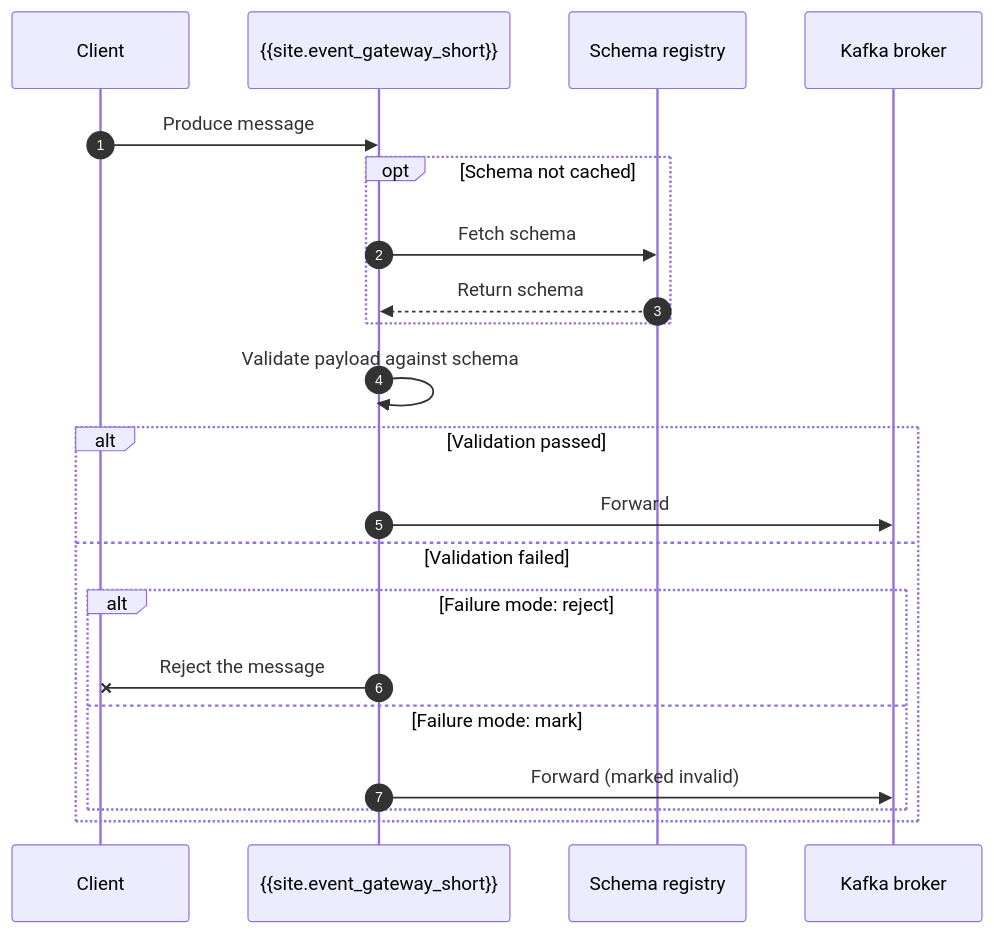
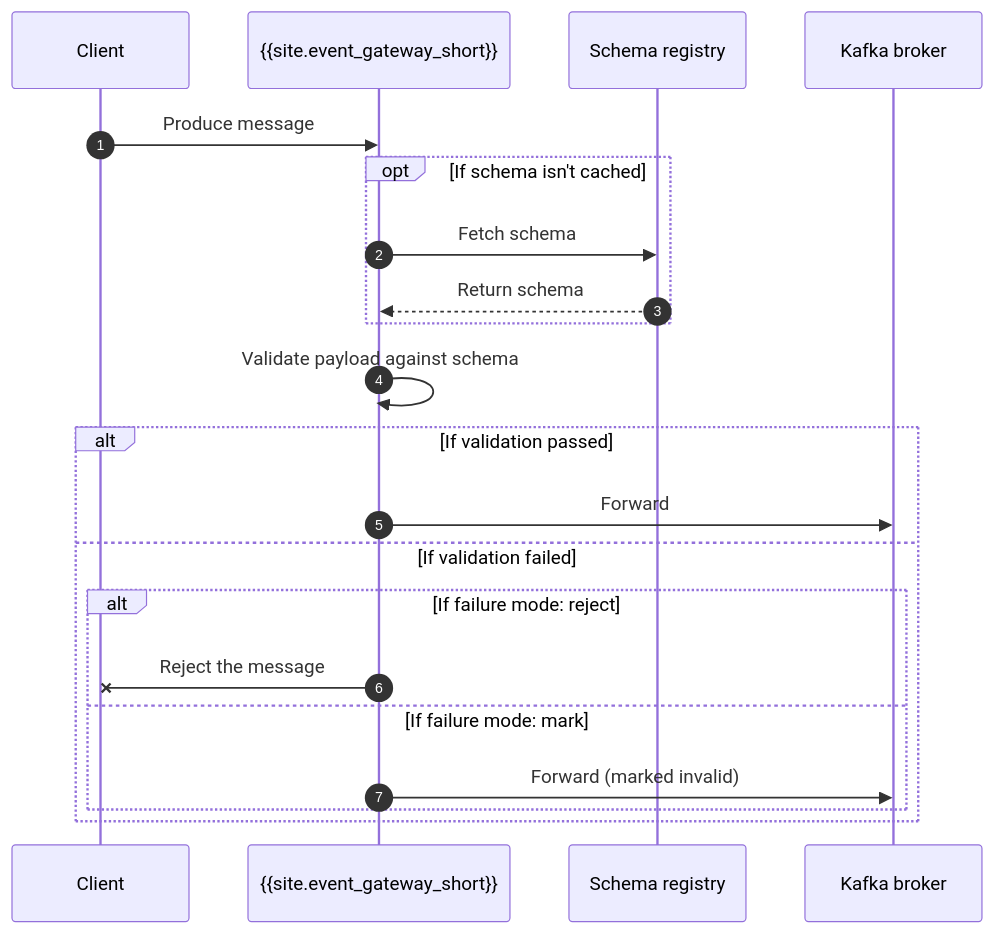
Before and after one commit to Kong/developer.konghq.com: the diagram in app/_includes/knep/schema-validation-diagram-produce.md, drawn with Mermaid. The commit also changed 10 other files, not shown here.

Commit message:
add 'if' to alt/opt in mermaid diagrams

```diff
--- a/app/_includes/knep/schema-validation-diagram-produce.md
+++ b/app/_includes/knep/schema-validation-diagram-produce.md
@@ -2,28 +2,28 @@
 {% mermaid %}
 sequenceDiagram
   autonumber
   participant client as Client
   participant egw as {{site.event_gateway_short}}
   participant schema as Schema registry
   participant broker as Kafka broker
 
   client->>egw: Produce message
 
-  opt Schema not cached
+  opt If schema isn't cached
     egw->>schema: Fetch schema
     schema-->>egw: Return schema
   end
 
   egw->>egw: Validate payload against schema
 
-  alt Validation passed
+  alt If validation passed
     egw->>broker: Forward
-  else Validation failed
-    alt Failure mode: reject
+  else If validation failed
+    alt If failure mode: reject
       egw -x client: Reject the message
-    else Failure mode: mark
+    else If failure mode: mark
       egw->>broker: Forward (marked invalid)
     end
   end
 
 {% endmermaid %}
```
